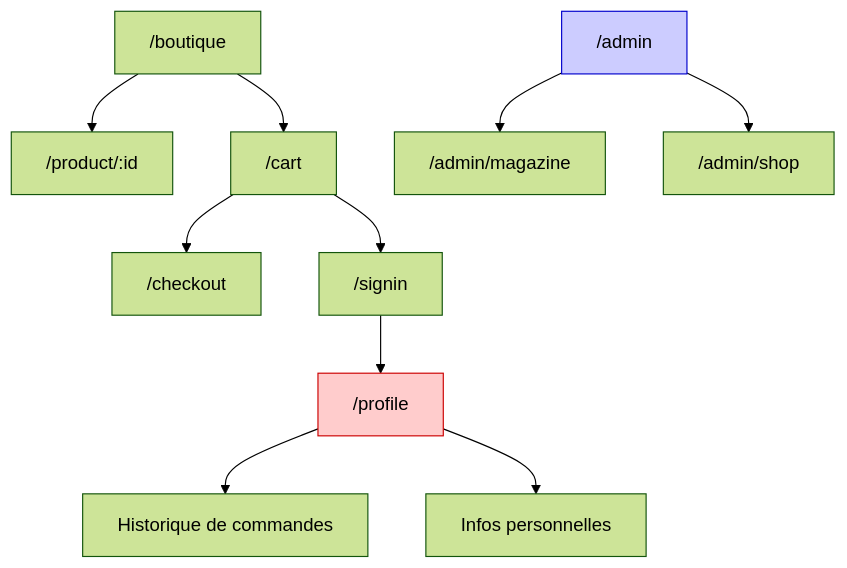
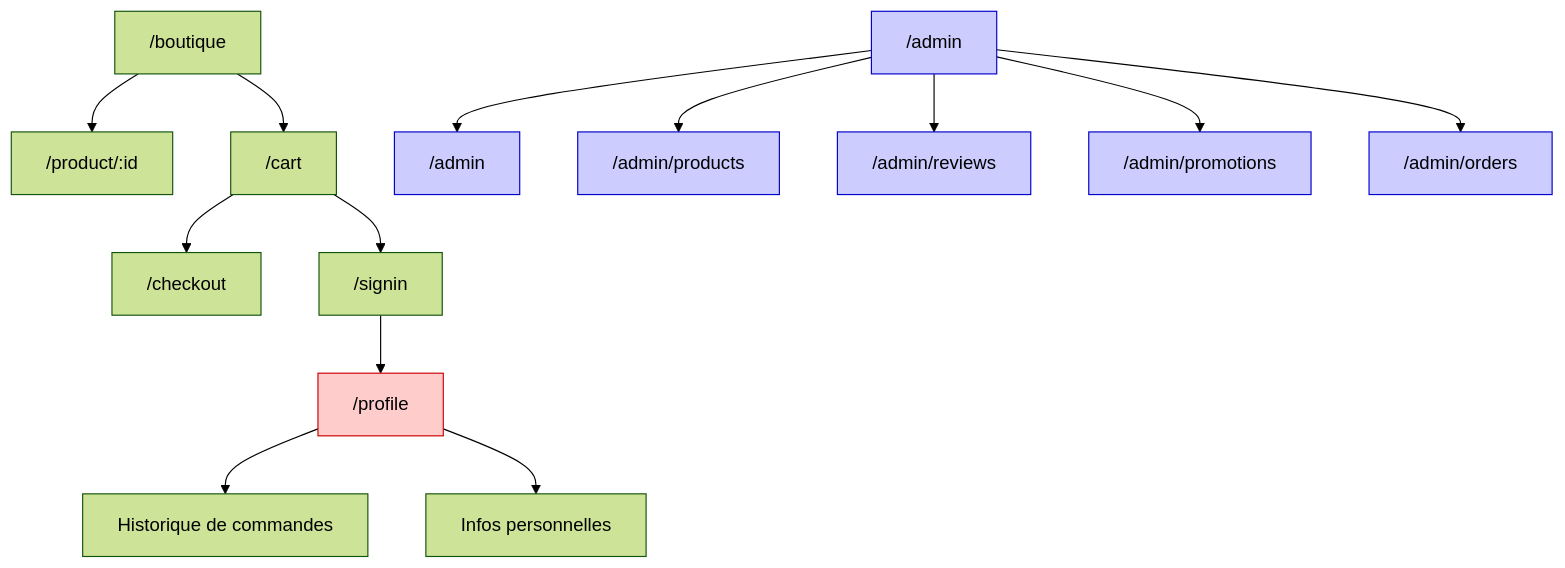
The third of 3 diagrams in ARCHITECTURE.md (inherbver/inHerbisVeritas), drawn with Mermaid (forest theme) before and after one commit. The commit also changed other lines of this file and 27 other files, not shown here.

````diff
--- a/ARCHITECTURE.md
+++ b/ARCHITECTURE.md
@@ -27,14 +27,22 @@
 ```mermaid
 flowchart TD
     Boutique["/boutique"] --> Produit["/product/:id"]
     Boutique --> Panier["/cart"]
     Panier --> Checkout["/checkout"]
     Panier --> Connexion["/signin"]
     Connexion --> Profil["/profile"]
     Profil --> Historique["Historique de commandes"]
     Profil --> InfosPerso["Infos personnelles"]
-    Admin["/admin"] --> AdminMagazine["/admin/magazine"]
-    Admin --> AdminShop["/admin/shop"]
+    Admin["/admin"] --> AdminDashboard["/admin"]
+    Admin --> AdminProducts["/admin/products"]
+    Admin --> AdminReviews["/admin/reviews"]
+    Admin --> AdminPromotions["/admin/promotions"]
+    Admin --> AdminOrders["/admin/orders"]
     style Profil fill:#ffcccc,stroke:#cc0000
     style Admin fill:#ccccff,stroke:#0000cc
+    style AdminDashboard fill:#ccccff,stroke:#0000cc
+    style AdminProducts fill:#ccccff,stroke:#0000cc
+    style AdminReviews fill:#ccccff,stroke:#0000cc
+    style AdminPromotions fill:#ccccff,stroke:#0000cc
+    style AdminOrders fill:#ccccff,stroke:#0000cc
 ```
````
